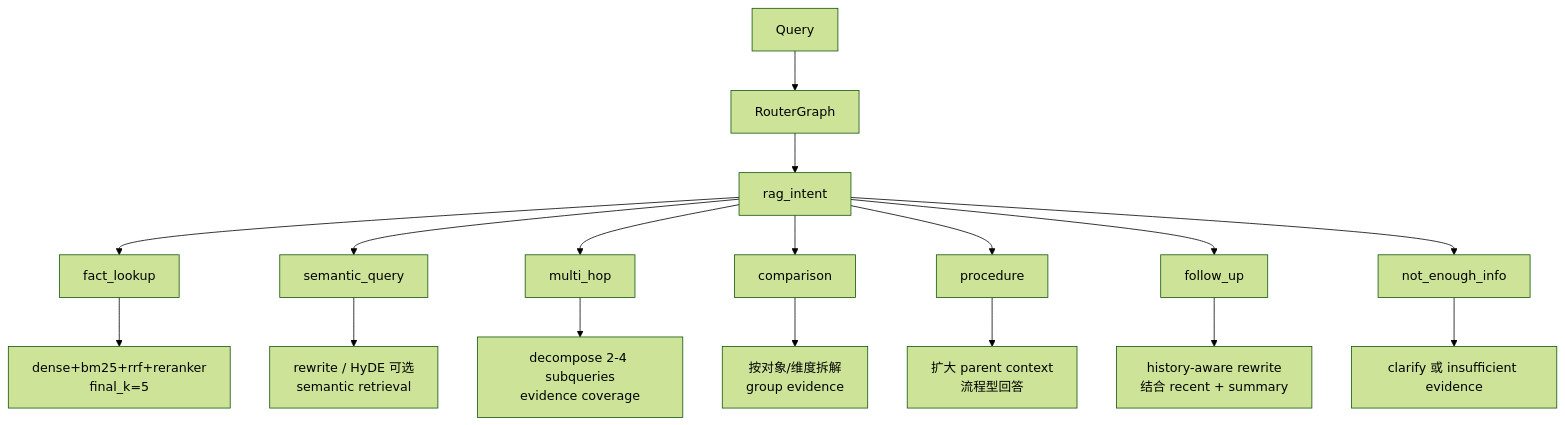
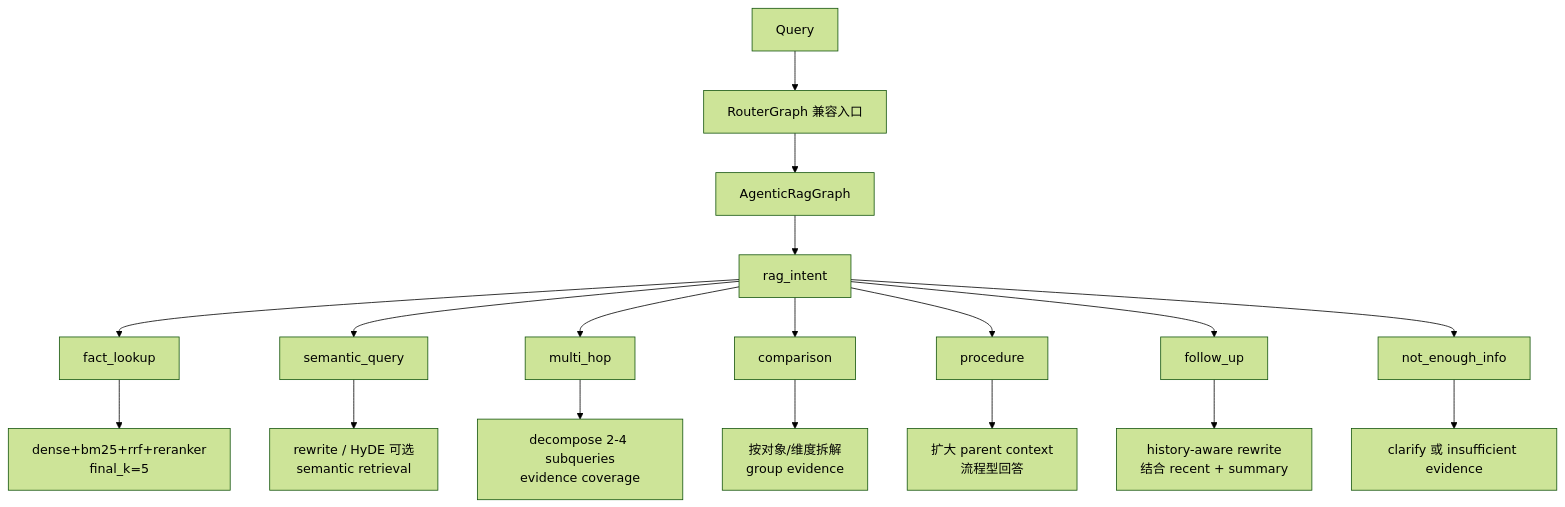
Diagram 12 of 26 in docs/project_guide/NEXUSKB_ARCHITECTURE_DIAGRAMS.md (Aria-doufan/NexusKB-), drawn with Mermaid (forest theme) before and after one commit. The commit also changed other lines of this file and 7 other files, not shown here.

Commit message:
Update project architecture documentation

````diff
--- a/docs/project_guide/NEXUSKB_ARCHITECTURE_DIAGRAMS.md
+++ b/docs/project_guide/NEXUSKB_ARCHITECTURE_DIAGRAMS.md
@@ -606,21 +631,22 @@
 ```mermaid
 flowchart TD
-    Q[Query] --> Router[RouterGraph]
-    Router --> Intent[rag_intent]
+    Q[Query] --> RG[RouterGraph 兼容入口]
+    RG --> AG[AgenticRagGraph]
+    AG --> Intent[rag_intent]
 
     Intent --> F[fact_lookup]
     Intent --> S[semantic_query]
     Intent --> M[multi_hop]
     Intent --> C[comparison]
     Intent --> P[procedure]
     Intent --> FU[follow_up]
     Intent --> N[not_enough_info]
 
     F --> SF[dense+bm25+rrf+reranker<br/>final_k=5]
     S --> SS[rewrite / HyDE 可选<br/>semantic retrieval]
     M --> SM[decompose 2-4 subqueries<br/>evidence coverage]
     C --> SC[按对象/维度拆解<br/>group evidence]
     P --> SP[扩大 parent context<br/>流程型回答]
     FU --> SFU[history-aware rewrite<br/>结合 recent + summary]
     N --> SN[clarify 或 insufficient evidence]
 ```
````
